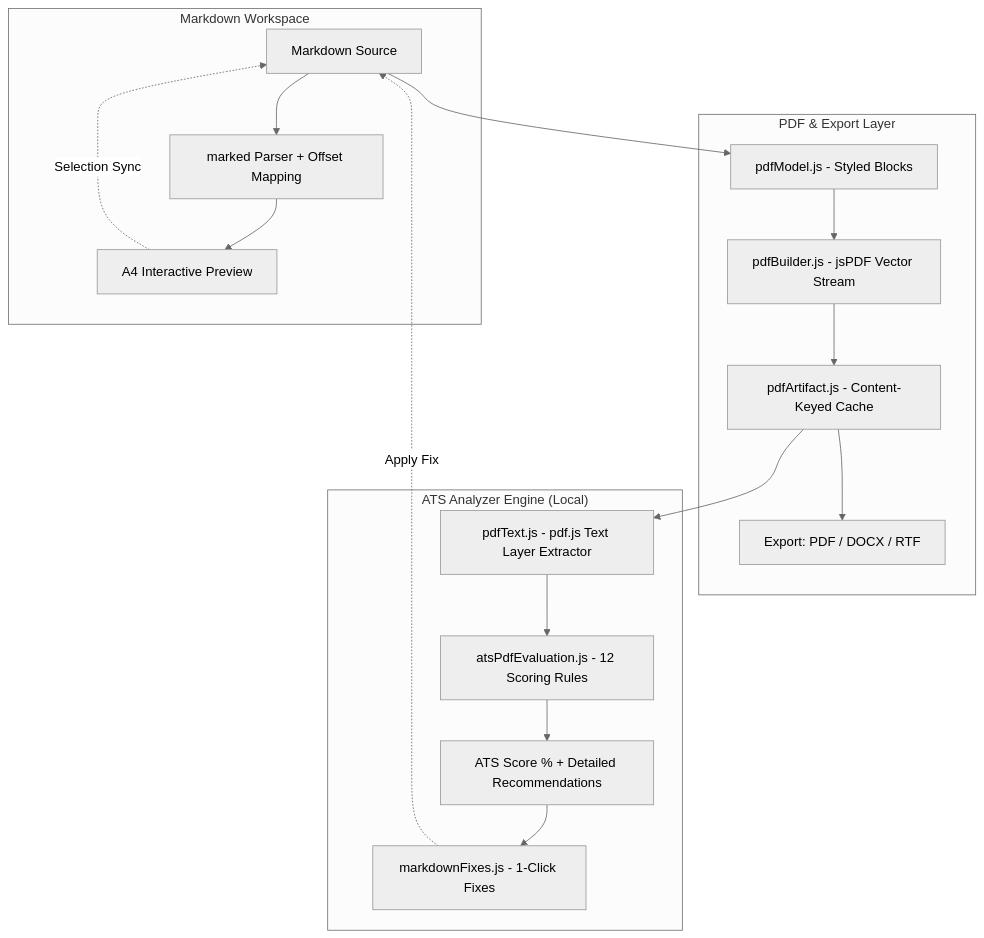
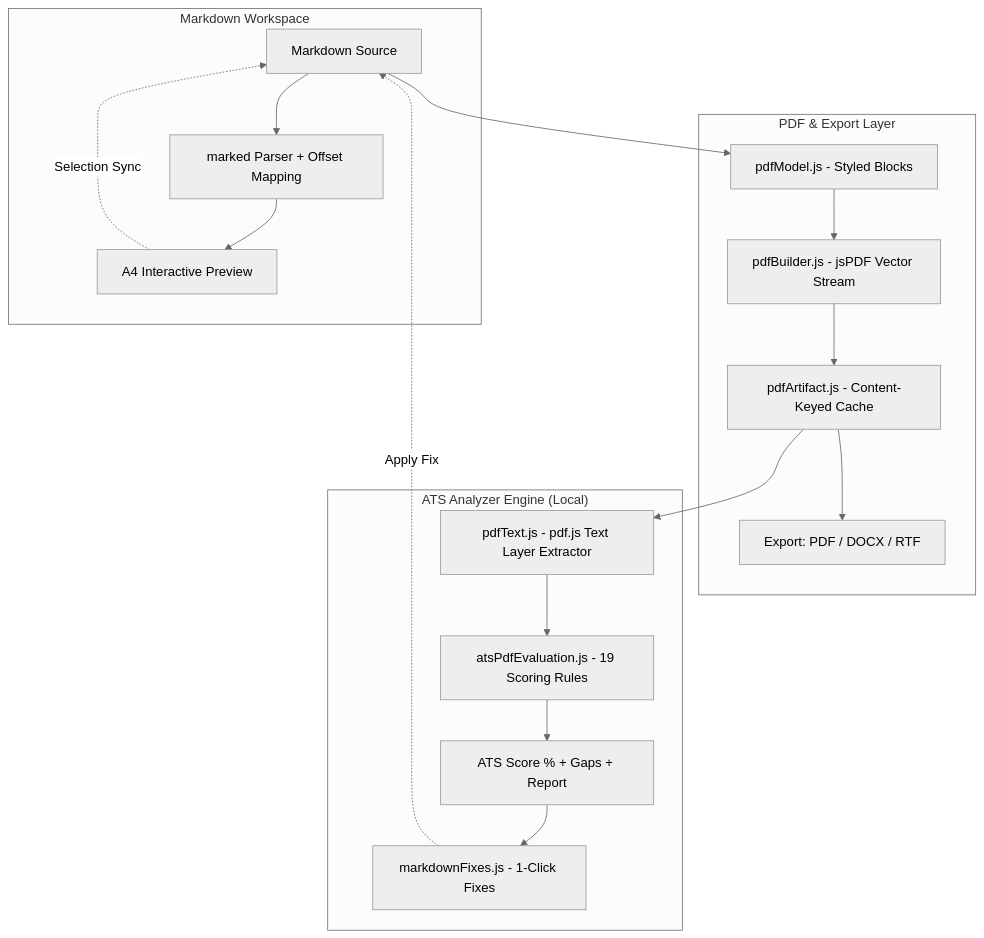
One commit to AcoranGonzalezMoray/DownCV changed the diagram in README.md. Above: the diagram before and after it, drawn with Mermaid (neutral theme). The commit also changed other lines of this file and 27 other files, not shown here.

Commit message:
✨🐛: Reworked the ATS engine end to end and fixed the page reader, the PDF export and the accent colour

````diff
--- a/README.md
+++ b/README.md
@@ -206,23 +229,23 @@
 ```mermaid
 flowchart TD
     subgraph Editor ["Markdown Workspace"]
         MD[Markdown Source] --> MP[marked Parser + Offset Mapping]
         MP --> PREVIEW[A4 Interactive Preview]
         PREVIEW -. Selection Sync .-> MD
     end
 
     subgraph PDFEngine ["PDF & Export Layer"]
         MD --> PM[pdfModel.js - Styled Blocks]
         PM --> PB[pdfBuilder.js - jsPDF Vector Stream]
         PB --> PA[pdfArtifact.js - Content-Keyed Cache]
         PA --> EXPORT[Export: PDF / DOCX / RTF]
     end
 
     subgraph ATSPipeline ["ATS Analyzer Engine (Local)"]
         PA --> PT[pdfText.js - pdf.js Text Layer Extractor]
-        PT --> EVAL[atsPdfEvaluation.js - 12 Scoring Rules]
-        EVAL --> SCORE[ATS Score % + Detailed Recommendations]
+        PT -->         EVAL[atsPdfEvaluation.js - 19 Scoring Rules]
+        EVAL --> SCORE[ATS Score % + Gaps + Report]
         SCORE --> FIXES[markdownFixes.js - 1-Click Fixes]
         FIXES -. Apply Fix .-> MD
     end
 ```
````
